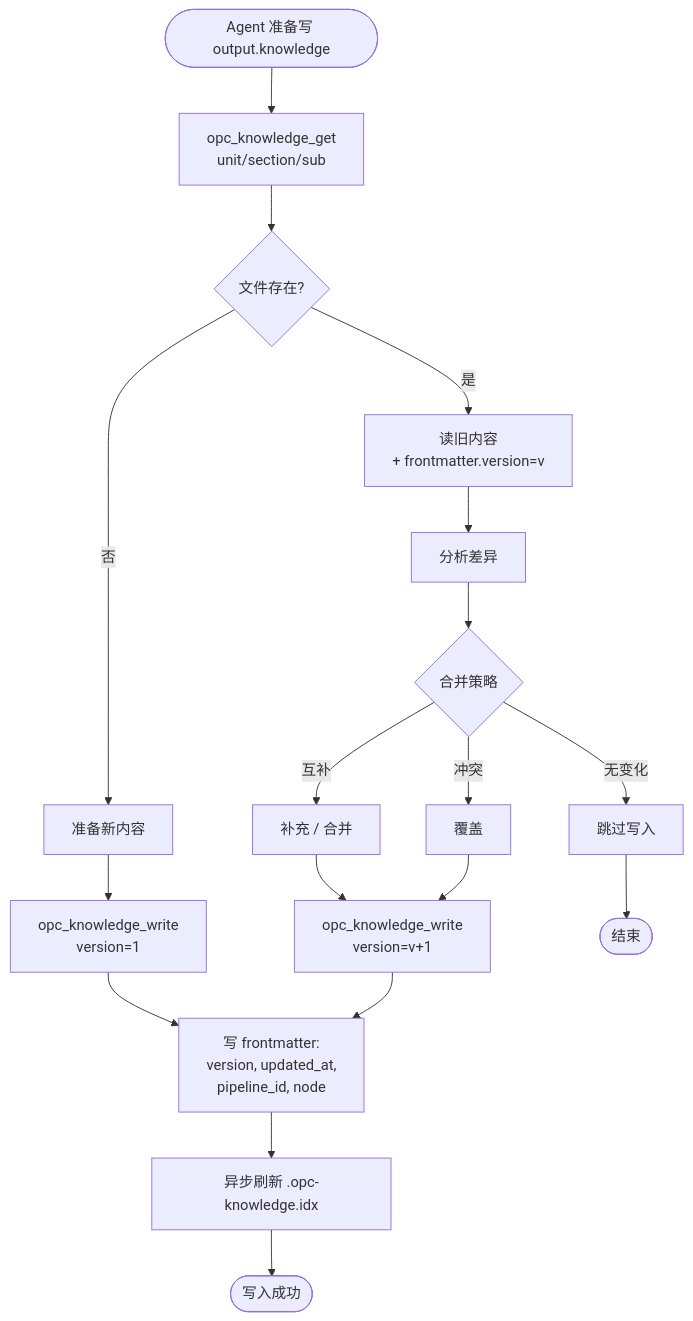
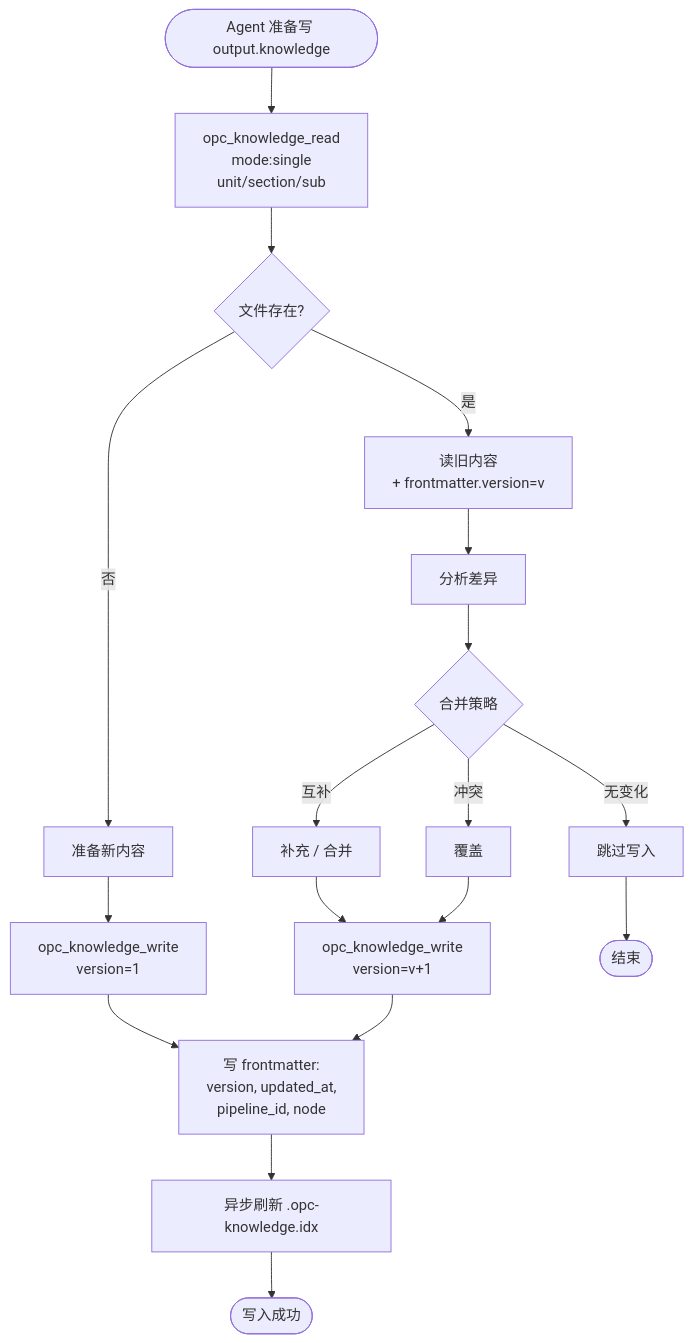
The second of 2 diagrams in doc/feature/03-opc-knowledge-server/01-knowledge-model/00_overview.md (CaffeineOddity/opc-marketplace), drawn with Mermaid before and after one commit. The commit also changed other lines of this file and 16 other files, not shown here.

First line of the commit message:
docs(M17.j): rewrite 03-opc-knowledge-server + 05-opc-reflection-server for consolidated tool surface

````diff
--- a/doc/feature/03-opc-knowledge-server/01-knowledge-model/00_overview.md
+++ b/doc/feature/03-opc-knowledge-server/01-knowledge-model/00_overview.md
@@ -69,25 +69,25 @@
 ```mermaid
 flowchart TD
-    Start([Agent 准备写 output.knowledge]) --> Get[opc_knowledge_get<br/>unit/section/sub]
+    Start([Agent 准备写 output.knowledge]) --> Get[opc_knowledge_read<br/>mode:single<br/>unit/section/sub]
     Get --> Exist{文件存在?}
 
     Exist -->|否| New[准备新内容]
     Exist -->|是| Read[读旧内容<br/>+ frontmatter.version=v]
 
     Read --> Diff[分析差异]
     Diff --> Mode{合并策略}
     Mode -->|互补| Merge[补充 / 合并]
     Mode -->|冲突| Override[覆盖]
     Mode -->|无变化| Skip[跳过写入]
 
     New --> Write1[opc_knowledge_write<br/>version=1]
     Merge --> Write2[opc_knowledge_write<br/>version=v+1]
     Override --> Write2
 
     Write1 --> Frontmatter[写 frontmatter:<br/>version, updated_at,<br/>pipeline_id, node]
     Write2 --> Frontmatter
     Skip --> End0([结束])
 
     Frontmatter --> Async[异步刷新 .opc-knowledge.idx]
     Async --> EndW([写入成功])
 ```
````
